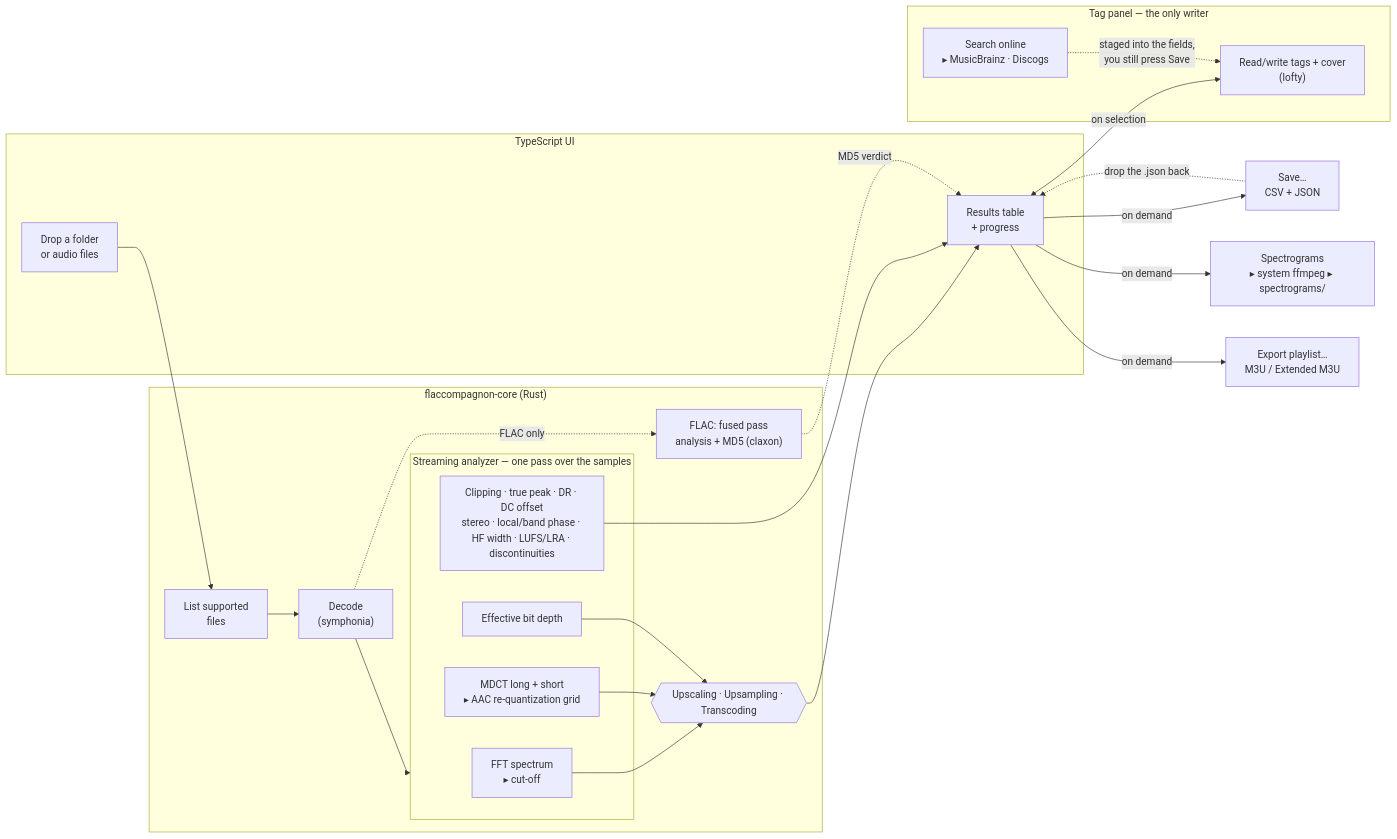
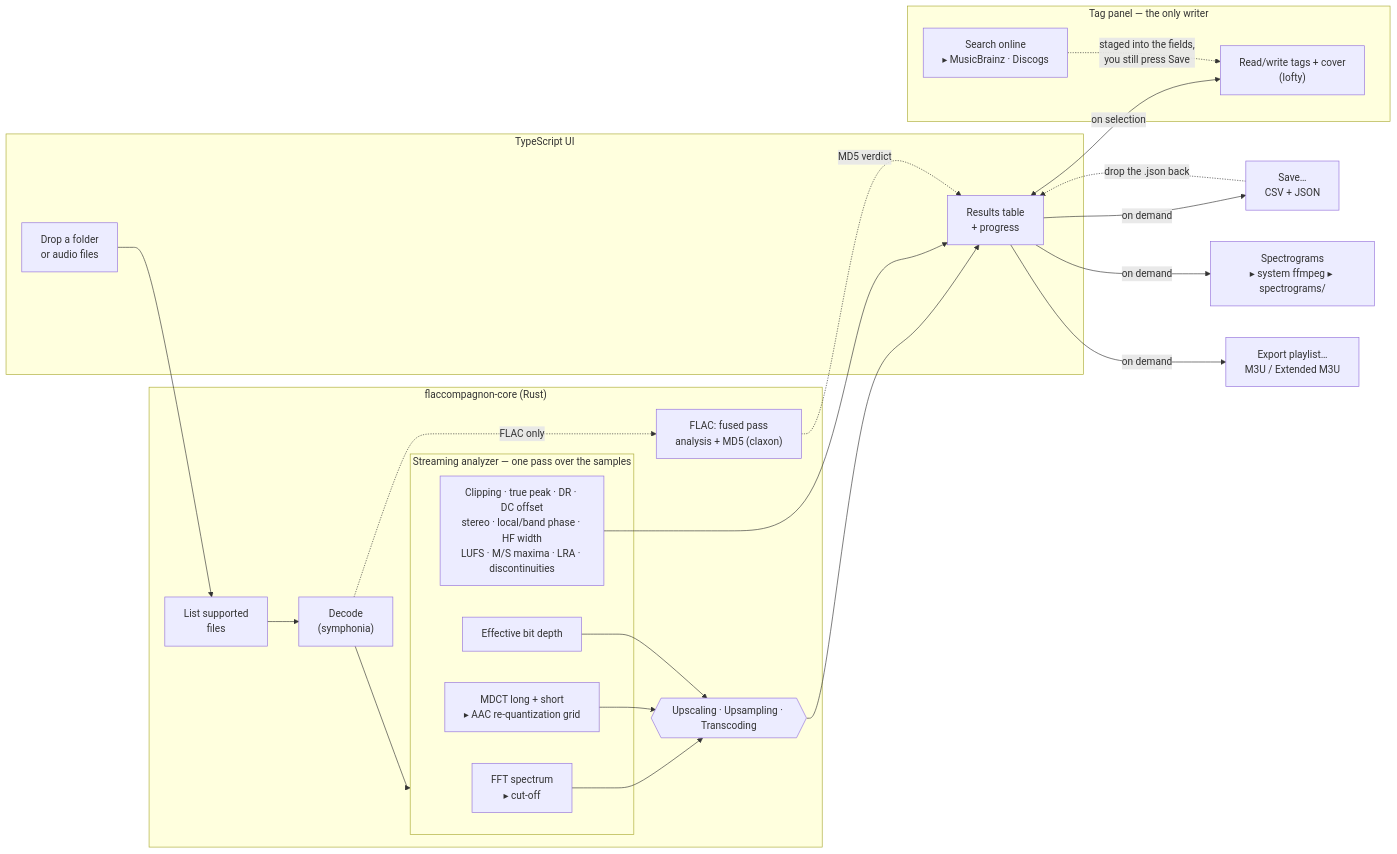
Before and after one commit to craft-and-code/FlacCompagnon: the diagram in README.md, drawn with Mermaid. The commit also changed other lines of this file and 29 other files, not shown here.

````diff
--- a/README.md
+++ b/README.md
@@ -182,44 +183,44 @@
 ```mermaid
 flowchart LR
     subgraph UI["TypeScript UI"]
         drop["Drop a folder<br/>or audio files"]
         table["Results table<br/>+ progress"]
     end
 
     subgraph core["flaccompagnon-core (Rust)"]
         list["List supported<br/>files"]
         decode["Decode<br/>(symphonia)"]
         fused["FLAC: fused pass<br/>analysis + MD5 (claxon)"]
 
         subgraph analyzer["Streaming analyzer — one pass over the samples"]
             fft["FFT spectrum<br/>▸ cut-off"]
             mdct["MDCT long + short<br/>▸ AAC re-quantization grid"]
             bits["Effective bit depth"]
-            levels["Clipping · true peak · DR · DC offset<br/>stereo · local/band phase · HF width · LUFS/LRA · discontinuities"]
+            levels["Clipping · true peak · DR · DC offset<br/>stereo · local/band phase · HF width<br/>LUFS · M/S maxima · LRA · discontinuities"]
         end
 
         verdict{{"Upscaling · Upsampling · Transcoding"}}
     end
 
     save["Save…<br/>CSV + JSON"]
     spectro["Spectrograms<br/>▸ system ffmpeg ▸ spectrograms/"]
     m3u["Export playlist…<br/>M3U / Extended M3U"]
 
     subgraph tagging["Tag panel — the only writer"]
         tags["Read/write tags + cover<br/>(lofty)"]
         online["Search online<br/>▸ MusicBrainz · Discogs"]
     end
 
     drop --> list --> decode --> analyzer
     decode -.->|FLAC only| fused
     fft & mdct & bits --> verdict
     verdict --> table
     levels --> table
     fused -.->|MD5 verdict| table
     table -->|on demand| save
     table -->|on demand| spectro
     table -->|on demand| m3u
     save -.->|drop the .json back| table
     table <-->|on selection| tags
     online -.->|staged into the fields,<br/>you still press Save| tags
 ```
````
